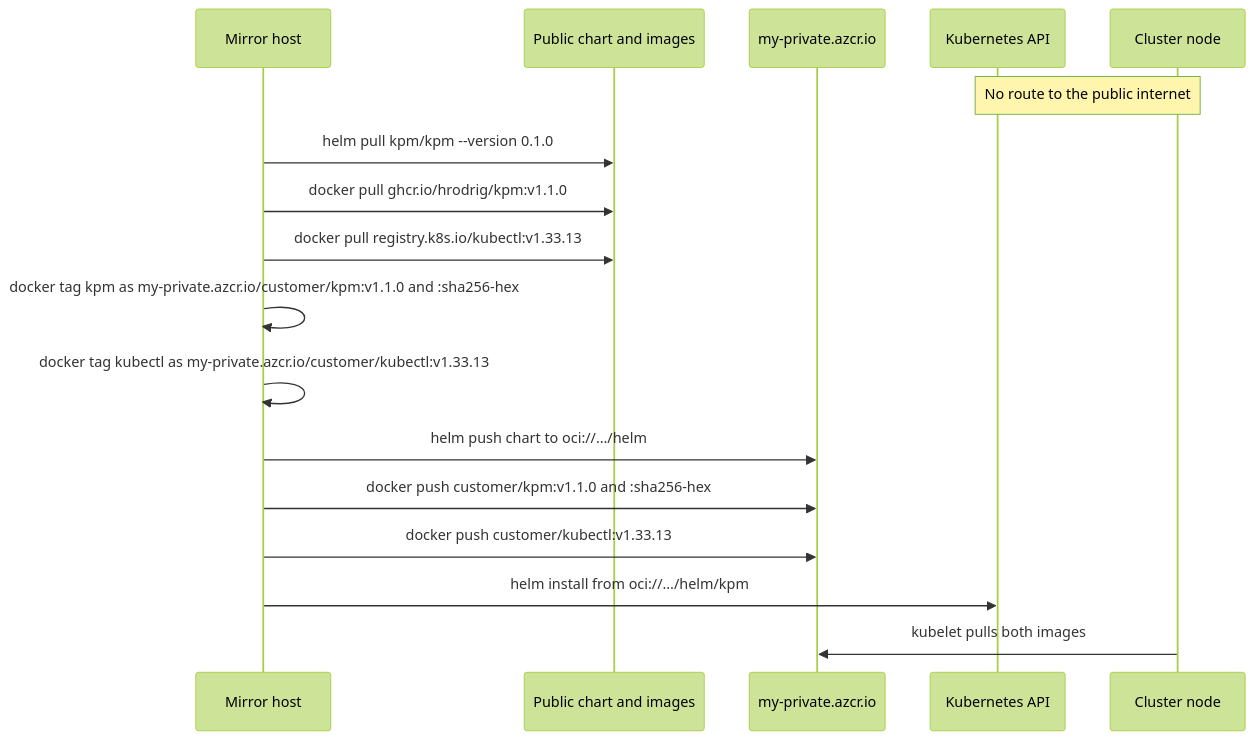
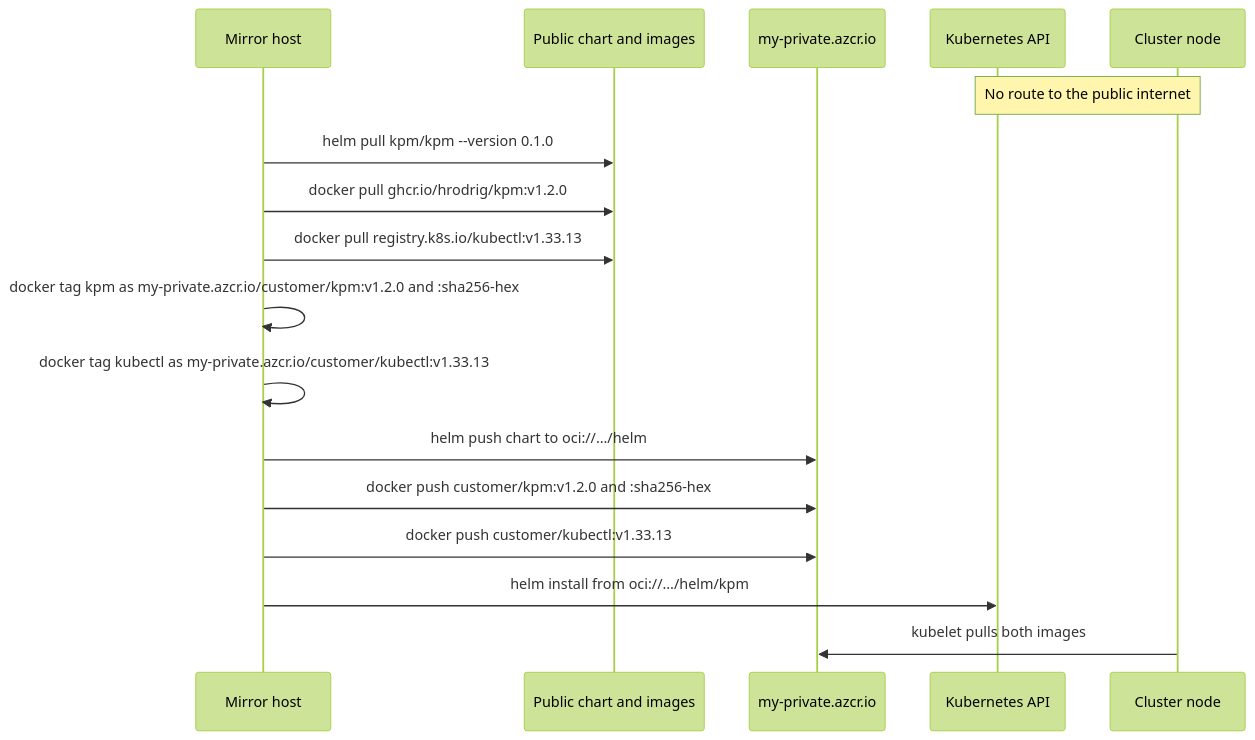
Before and after one commit to hrodrig/kpm-selfhosted: the diagram in run/kubernetes/private-registry.md, drawn with Mermaid (forest theme). The commit also changed other lines of this file and 12 other files, not shown here.

````diff
--- a/run/kubernetes/private-registry.md
+++ b/run/kubernetes/private-registry.md
@@ -18,20 +18,20 @@
 ```mermaid
 sequenceDiagram
   participant Op as Mirror host
   participant Pub as Public chart and images
   participant Reg as my-private.azcr.io
   participant API as Kubernetes API
   participant Node as Cluster node
 
   Note over API,Node: No route to the public internet
   Op->>Pub: helm pull kpm/kpm --version 0.1.0
-  Op->>Pub: docker pull ghcr.io/hrodrig/kpm:v1.1.0
+  Op->>Pub: docker pull ghcr.io/hrodrig/kpm:v1.2.0
   Op->>Pub: docker pull registry.k8s.io/kubectl:v1.33.13
-  Op->>Op: docker tag kpm as my-private.azcr.io/customer/kpm:v1.1.0 and :sha256-hex
+  Op->>Op: docker tag kpm as my-private.azcr.io/customer/kpm:v1.2.0 and :sha256-hex
   Op->>Op: docker tag kubectl as my-private.azcr.io/customer/kubectl:v1.33.13
   Op->>Reg: helm push chart to oci://…/helm
-  Op->>Reg: docker push customer/kpm:v1.1.0 and :sha256-hex
+  Op->>Reg: docker push customer/kpm:v1.2.0 and :sha256-hex
   Op->>Reg: docker push customer/kubectl:v1.33.13
   Op->>API: helm install from oci://…/helm/kpm
   Node->>Reg: kubelet pulls both images
 ```
````
